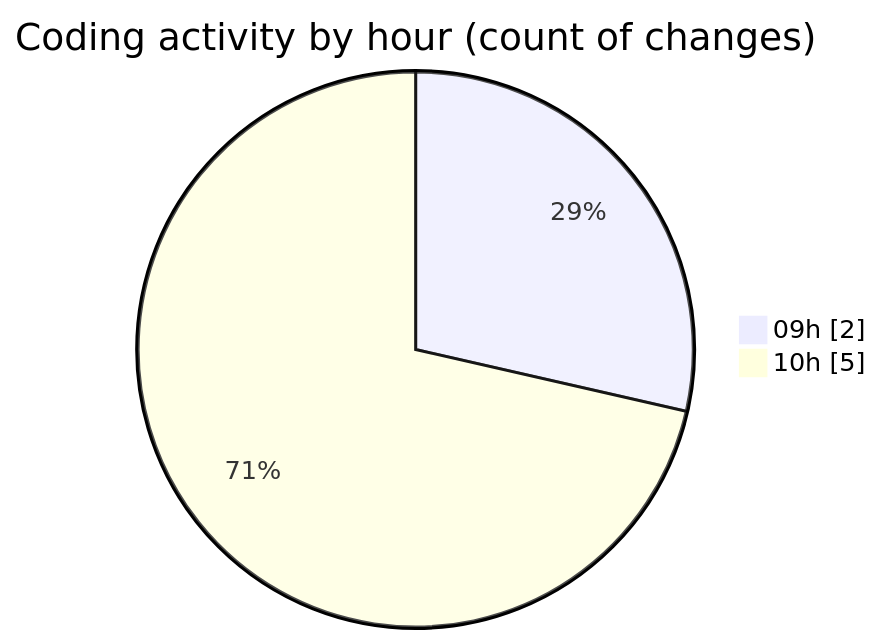
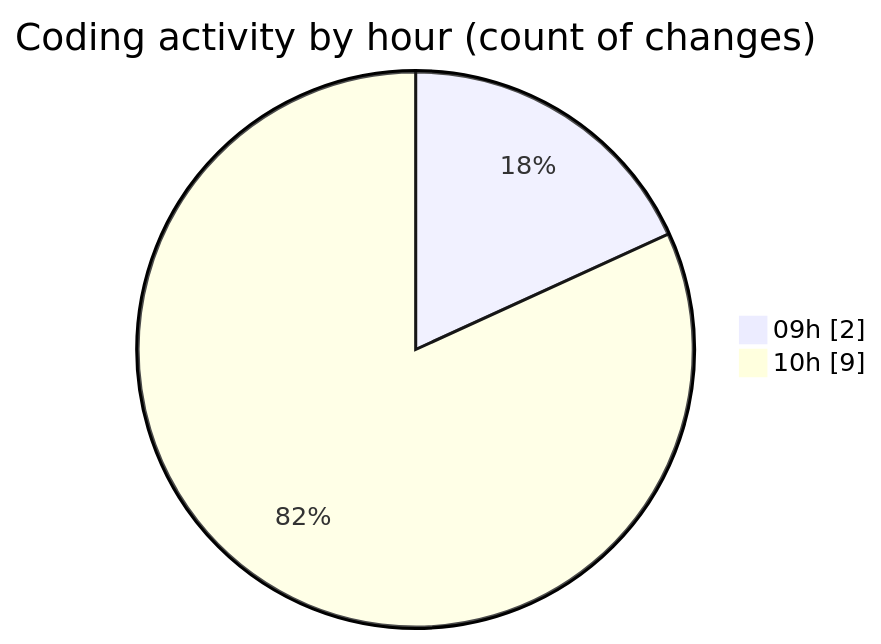
Before and after one commit to momahboobian/code-tracking: the second of 2 diagrams in 2025-04-08/cda/README.md, drawn with Mermaid. The commit also changed other lines of this file and 1 other file, not shown here.

````diff
--- a/2025-04-08/cda/README.md
+++ b/2025-04-08/cda/README.md
@@ -30,6 +30,6 @@
 ```mermaid
 pie showData
 title Coding activity by hour (count of changes)
 "09h" : 2
-"10h" : 5
+"10h" : 9
 ```
````
